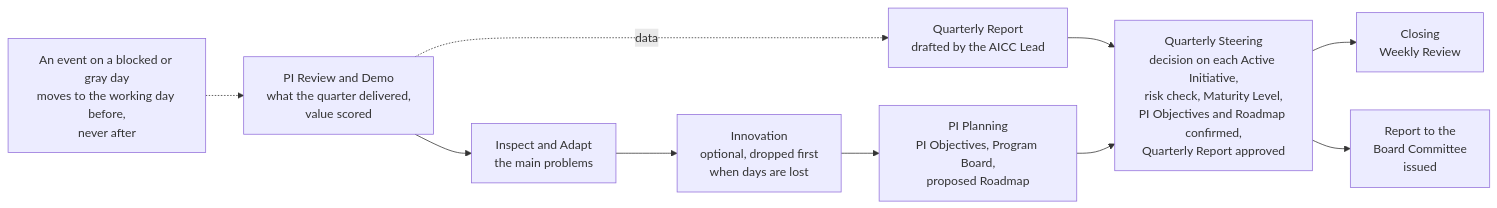
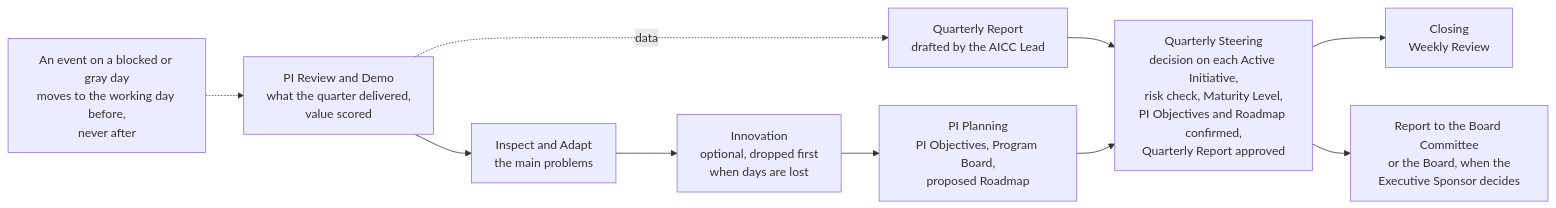
Before and after one commit to devhogu/ob-aicc: the fourth of 4 diagrams in charter/en/guides/cadence-guide.md, drawn with Mermaid. The commit also changed other lines of this file and 1 other file, not shown here.

Commit message:
WIP: board-reporting edits to two English guides (in progress)
Checkpoint of in-progress work under C-BOARD-REPORTING-CLARITY; the
Russian counterparts and source pins follow in the batch commit.

Claude-Session: https://claude.ai/code/session_01KfBvpTdZpi3opdb3FU3BEC

````diff
--- a/charter/en/guides/cadence-guide.md
+++ b/charter/en/guides/cadence-guide.md
@@ -105,12 +105,12 @@
 ```mermaid
 flowchart LR
   PR["PI Review and Demo<br/>what the quarter delivered,<br/>value scored"] --> IA["Inspect and Adapt<br/>the main problems"]
   IA --> IN["Innovation<br/>optional, dropped first<br/>when days are lost"]
   IN --> PP["PI Planning<br/>PI Objectives, Program Board,<br/>proposed Roadmap"]
   PR -.->|"data"| QR["Quarterly Report<br/>drafted by the AICC Lead"]
   QR --> QS
   PP --> QS["Quarterly Steering<br/>decision on each Active Initiative,<br/>risk check, Maturity Level,<br/>PI Objectives and Roadmap confirmed,<br/>Quarterly Report approved"]
   QS --> WR["Closing<br/>Weekly Review"]
-  QS --> BC["Report to the<br/>Board Committee<br/>issued"]
+  QS --> BC["Report to the Board Committee<br/>or the Board, when the<br/>Executive Sponsor decides"]
   RULE["An event on a blocked or gray day<br/>moves to the working day before,<br/>never after"] -.-> PR
 ```
````
